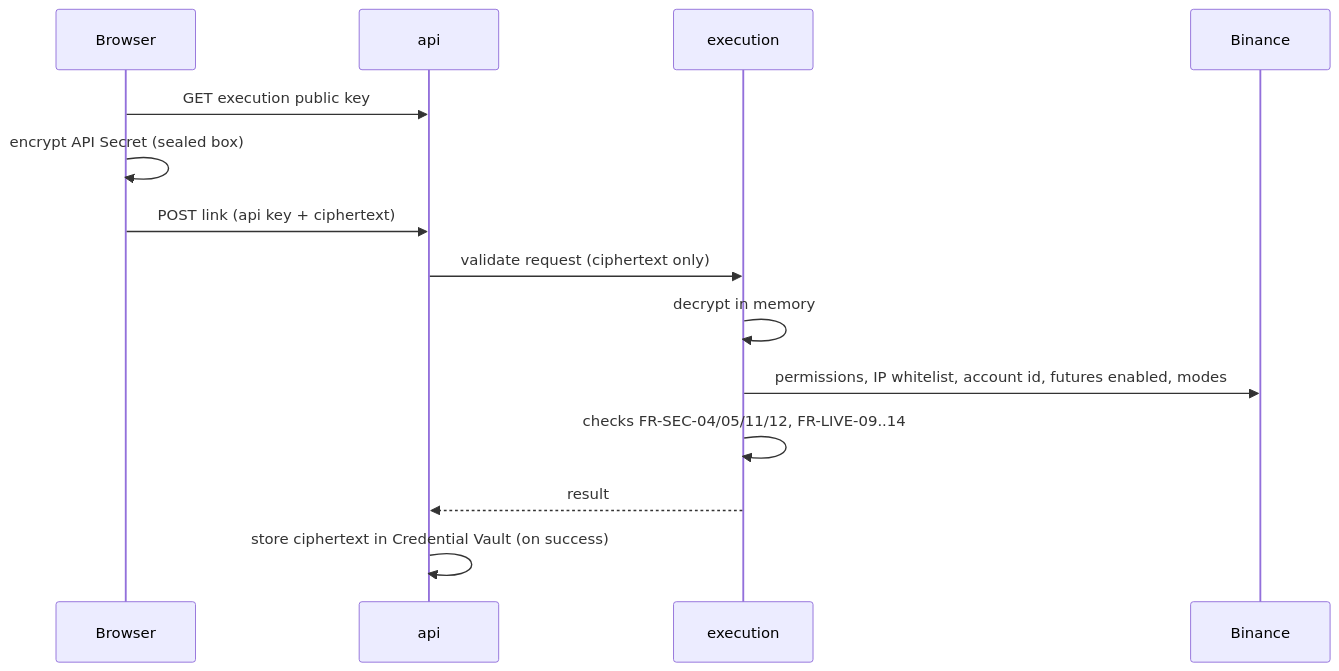
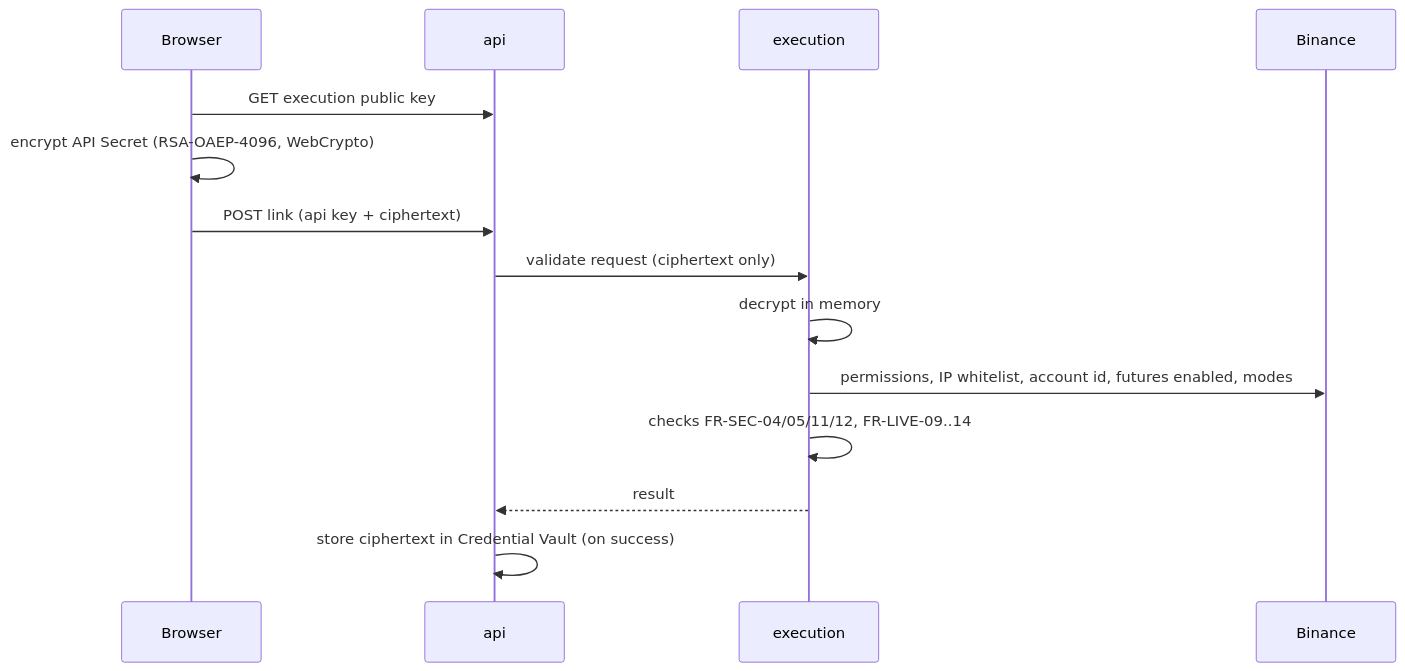
The seventh of 7 diagrams in docs/architecture/architecture.md (yukasung/tiewtrade), drawn with Mermaid before and after one commit. The commit also changed other lines of this file and 11 other files, not shown here.

````diff
--- a/docs/architecture/architecture.md
+++ b/docs/architecture/architecture.md
@@ -314,16 +325,16 @@
 ```mermaid
 sequenceDiagram
     participant B as Browser
     participant A as api
     participant X as execution
     participant BN as Binance
     B->>A: GET execution public key
-    B->>B: encrypt API Secret (sealed box)
+    B->>B: encrypt API Secret (RSA-OAEP-4096, WebCrypto)
     B->>A: POST link (api key + ciphertext)
     A->>X: validate request (ciphertext only)
     X->>X: decrypt in memory
     X->>BN: permissions, IP whitelist, account id, futures enabled, modes
     X->>X: checks FR-SEC-04/05/11/12, FR-LIVE-09..14
     X-->>A: result
     A->>A: store ciphertext in Credential Vault (on success)
 ```
````
